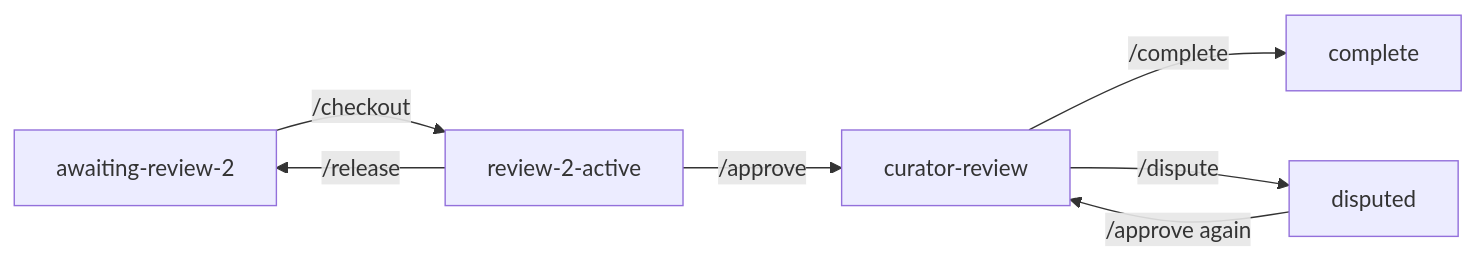
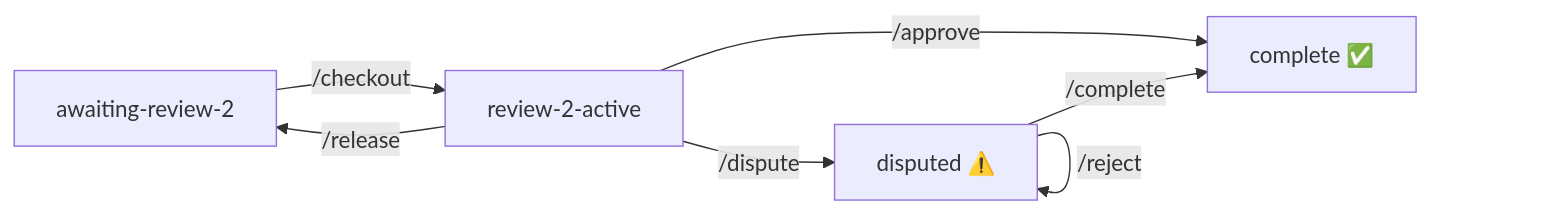
The diagram in README.md (Lizo-RoadTown/file_queuing_system), drawn with Mermaid before and after one commit. The commit also changed other lines of this file, not shown here.

````diff
--- a/README.md
+++ b/README.md
@@ -13,9 +26,9 @@
 ```mermaid
 flowchart LR
     A[awaiting-review-2] -->|/checkout| B[review-2-active]
-    B -->|/approve| C[curator-review]
-    C -->|/complete| D[complete]
-    C -->|/dispute| E[disputed]
-    E -->|/approve again| C
+    B -->|/approve| D[complete ✅]
+    B -->|/dispute| C[disputed ⚠️]
+    C -->|/complete| D
+    C -->|/reject| C
     B -->|/release| A
 ```
````
